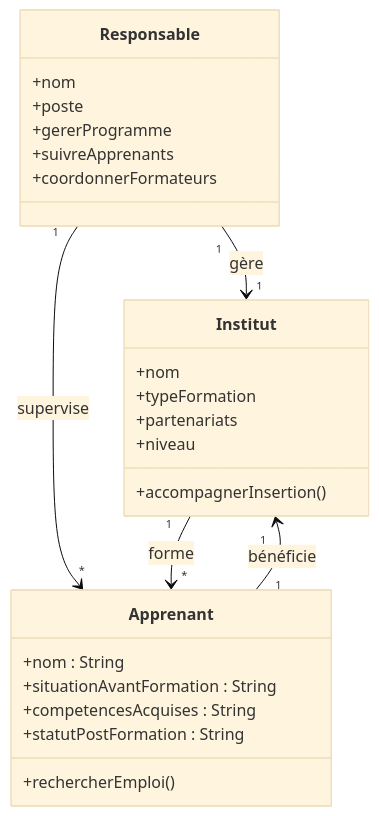
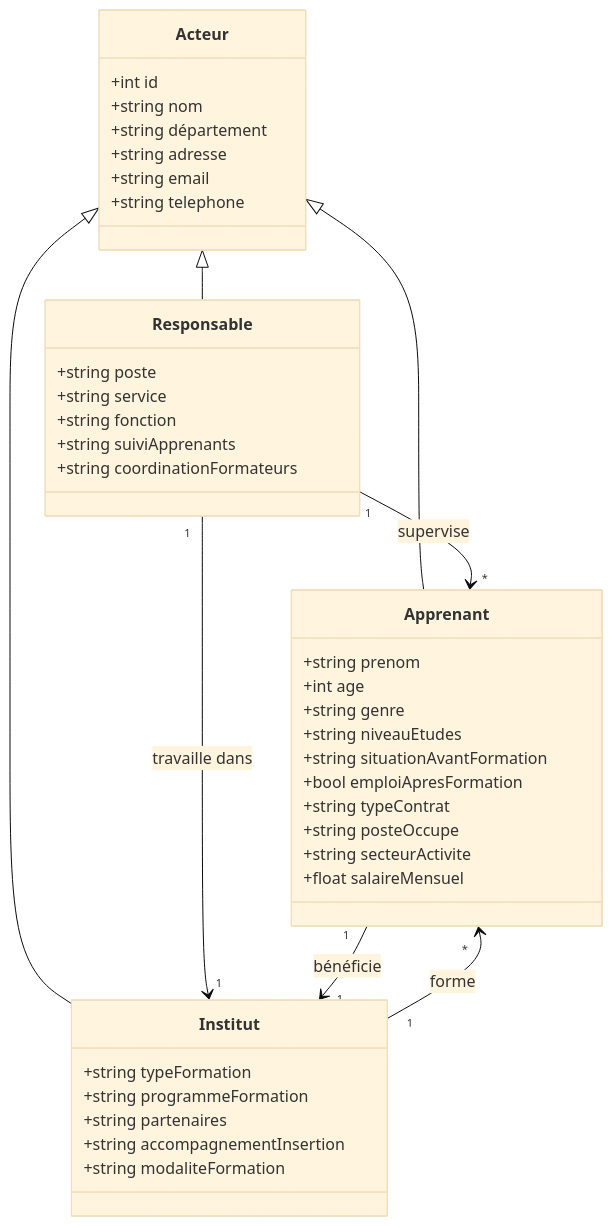
Before and after one commit to bouzidifatimazohra00-ux/inclusion-numerique-93: the diagram in acteurbouzidifatimazohra00.md, drawn with Mermaid (base theme).

````diff
--- a/acteurbouzidifatimazohra00.md
+++ b/acteurbouzidifatimazohra00.md
@@ -2,37 +1,59 @@
 ```mermaid
+
 classDiagram
 direction TB
-  
+
+%% --- Héritage ---
+Acteur <|-- Apprenant
+Acteur <|-- Institut
+Acteur <|-- Responsable
+
+%% --- Classe Acteur ---
+class Acteur {
+    +int id
+    +string nom
+    +string département 
+    +string adresse
+    +string email
+    +string telephone
+
+}
+
+%% --- Classe Apprenant ---
+class Apprenant {
+    +string prenom
+    +int age
+    +string genre
+    +string niveauEtudes
+    +string situationAvantFormation
+    +bool emploiApresFormation
+    +string typeContrat
+    +string posteOccupe
+    +string secteurActivite
+    +float salaireMensuel
+}
+
 %% --- Classe Institut ---
 class Institut {
-    +nom 
-    +typeFormation 
-    +partenariats
-    +niveau
-    +accompagnerInsertion()
+    +string typeFormation
+    +string programmeFormation
+    +string partenaires
+    +string accompagnementInsertion
+    +string modaliteFormation
 }
 
 %% --- Classe Responsable ---
 class Responsable {
-    +nom 
-    +poste 
-    +gererProgramme
-    +suivreApprenants
-    +coordonnerFormateurs
+    +string poste
+    +string service
+    +string fonction
+    +string suiviApprenants
+    +string coordinationFormateurs
 }
 
-%% --- Classe Apprenant ---
-class Apprenant {
-    +nom : String
-    +situationAvantFormation : String
-    +competencesAcquises : String
-    +statutPostFormation : String
-    +rechercherEmploi()
-}
-
-%% --- Relations entre classes ---
-Responsable "1" --> "1" Institut : gère
+%% --- Relations ---
+Institut "1" --> "*" Apprenant : forme
 Responsable "1" --> "*" Apprenant : supervise
-Institut "1" --> "*" Apprenant : forme
+Responsable "1" --> "1" Institut : travaille dans
 Apprenant "1" --> "1" Institut : bénéficie
 ```
````
